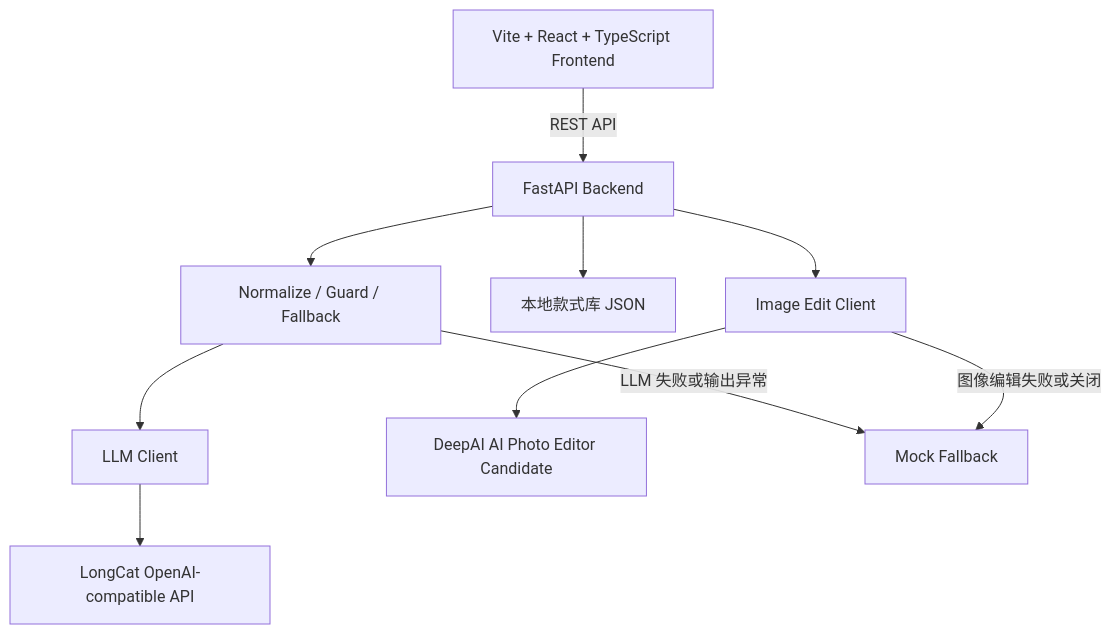
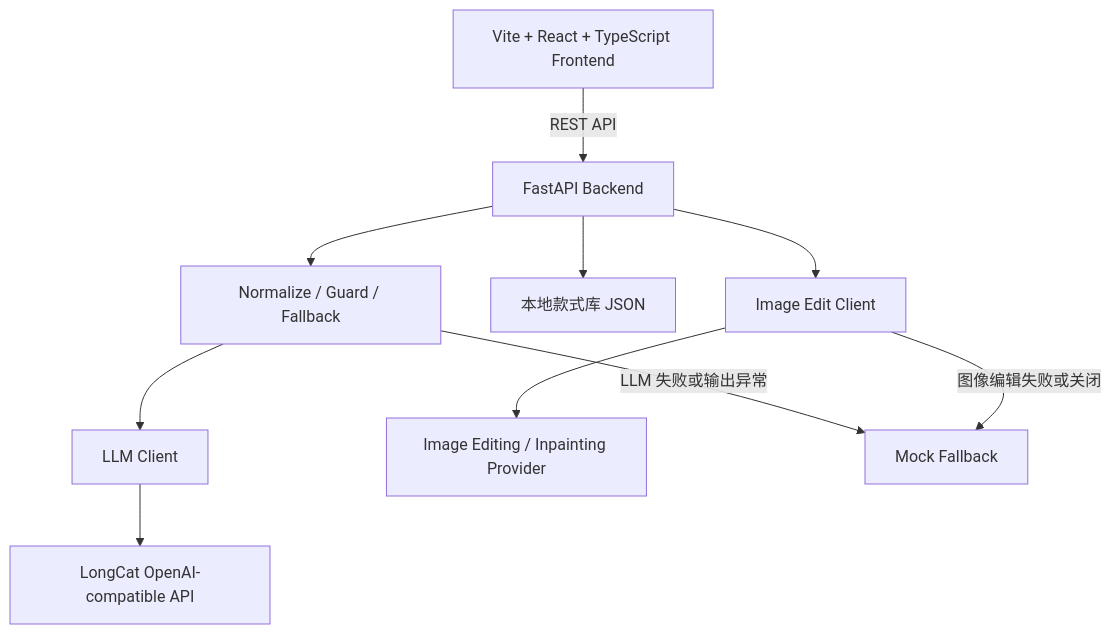
One commit to radianceded/nail-ai-ops changed the third of 4 diagrams in README.md. Above: the diagram before and after it, drawn with Mermaid. The commit also changed other lines of this file and 4 other files, not shown here.

````diff
--- a/README.md
+++ b/README.md
@@ -54,21 +76,21 @@
 ```mermaid
 flowchart TB
   FE[Vite + React + TypeScript Frontend]
   BE[FastAPI Backend]
   LLM[LLM Client]
   IMG[Image Edit Client]
   LC[LongCat OpenAI-compatible API]
-  DEEPAI[DeepAI AI Photo Editor Candidate]
+  EDITOR[Image Editing / Inpainting Provider]
   DATA[本地款式库 JSON]
   NORM[Normalize / Guard / Fallback]
 
   FE -->|REST API| BE
   BE --> DATA
   BE --> IMG
   BE --> NORM
   NORM --> LLM
   LLM --> LC
-  IMG --> DEEPAI
+  IMG --> EDITOR
   NORM -->|LLM 失败或输出异常| MOCK[Mock Fallback]
   IMG -->|图像编辑失败或关闭| MOCK
 ```
````
